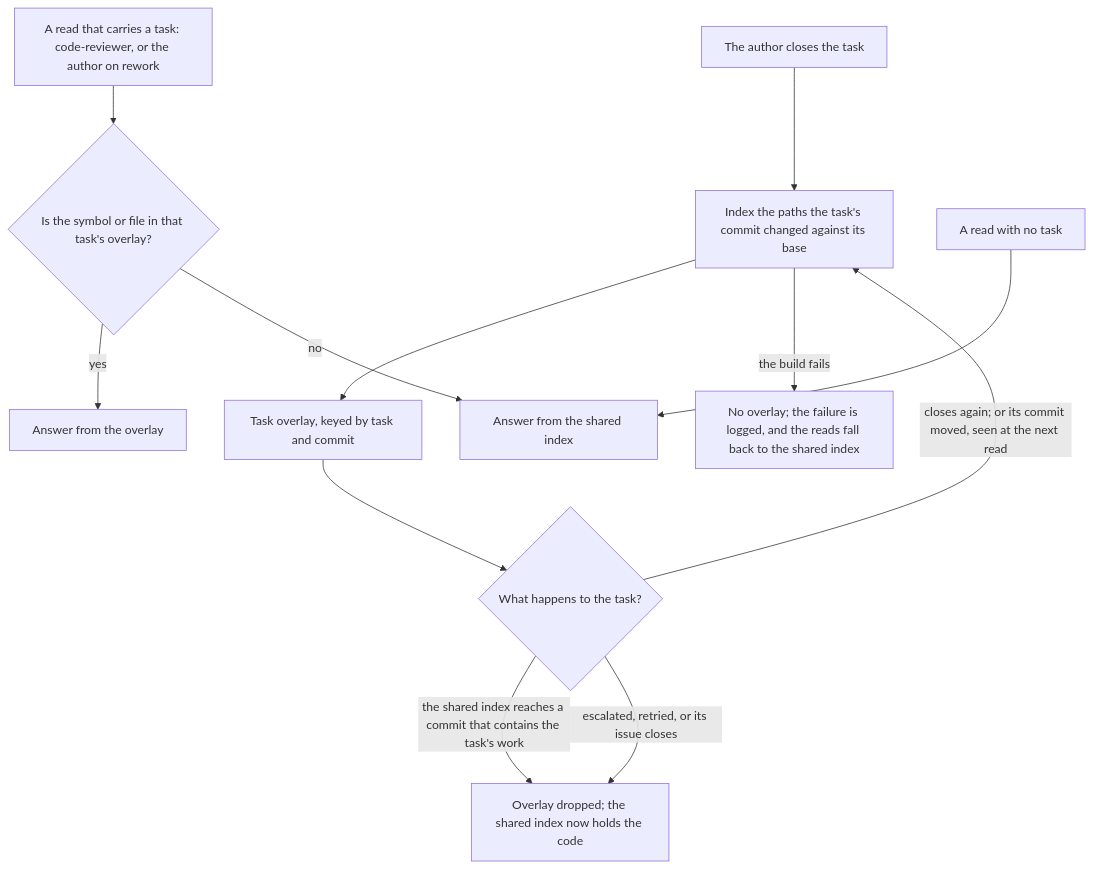
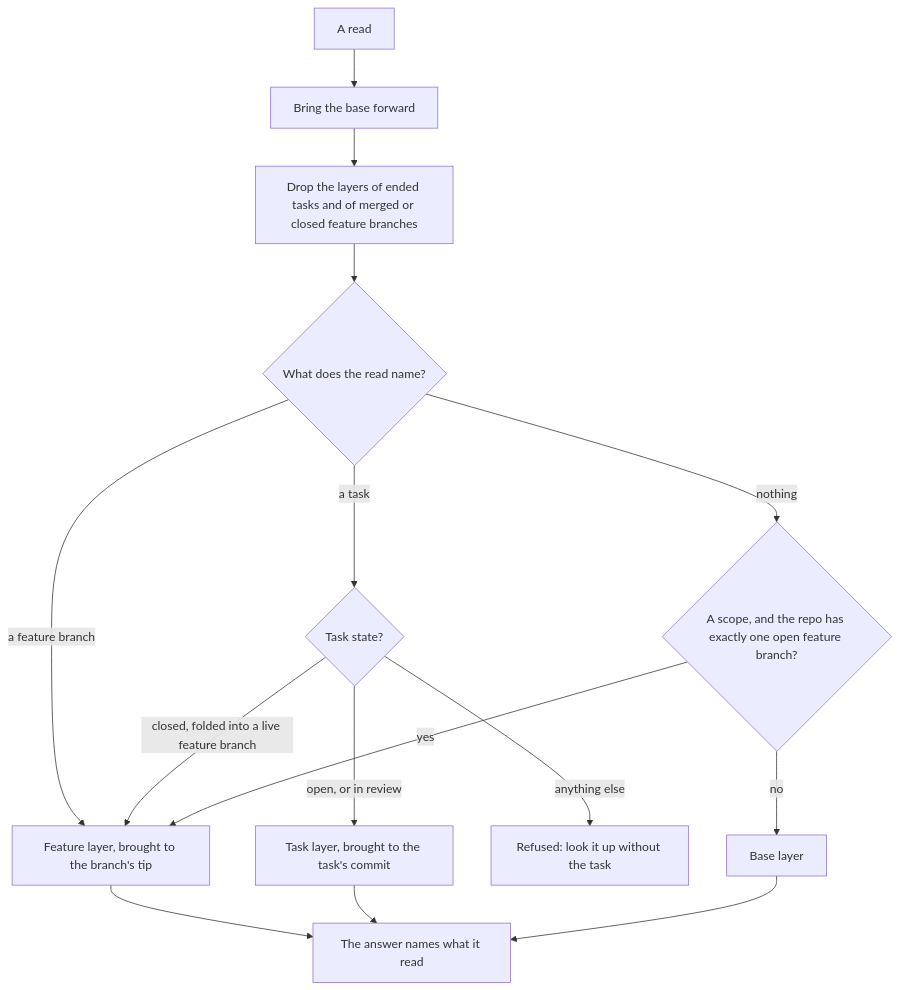
Before and after one commit to trustmybot/tmb: the fifth of 6 diagrams in docs/architecture/WORLD_MODEL.md, drawn with Mermaid. The commit also changed other lines of this file and 38 other files, not shown here.

````diff
--- a/docs/architecture/WORLD_MODEL.md
+++ b/docs/architecture/WORLD_MODEL.md
@@ -69,14 +182,17 @@
 ```mermaid
 flowchart TD
-    A[The author closes the task] --> B[Index the paths the task's commit changed against its base]
-    B --> C[Task overlay, keyed by task and commit]
-    R[A read that carries a task: code-reviewer, or the author on rework] --> O{Is the symbol or file in that task's overlay?}
-    O -- yes --> P[Answer from the overlay]
-    O -- no --> S[Answer from the shared index]
-    N[A read with no task] --> S
-    C --> D{What happens to the task?}
-    D -- "closes again; or its commit moved, seen at the next read" --> B
-    D -- the shared index reaches a commit that contains the task's work --> X[Overlay dropped; the shared index now holds the code]
-    D -- escalated, retried, or its issue closes --> X
-    B -- the build fails --> F[No overlay; the failure is logged, and the reads fall back to the shared index]
+    R[A read] --> F0[Bring the base forward]
+    F0 --> X["Drop the layers of ended tasks and of merged or closed feature branches"]
+    X --> Q{What does the read name?}
+    Q -- "a feature branch" --> FB["Feature layer, brought to the branch's tip"]
+    Q -- "a task" --> T{Task state?}
+    T -- "open, or in review" --> TL["Task layer, brought to the task's commit"]
+    T -- "closed, folded into a live feature branch" --> FB
+    T -- "anything else" --> RF["Refused: look it up without the task"]
+    Q -- "nothing" --> S{"A scope, and the repo has exactly one open feature branch?"}
+    S -- yes --> FB
+    S -- no --> BL[Base layer]
+    FB --> N[The answer names what it read]
+    TL --> N
+    BL --> N
 ```
````
